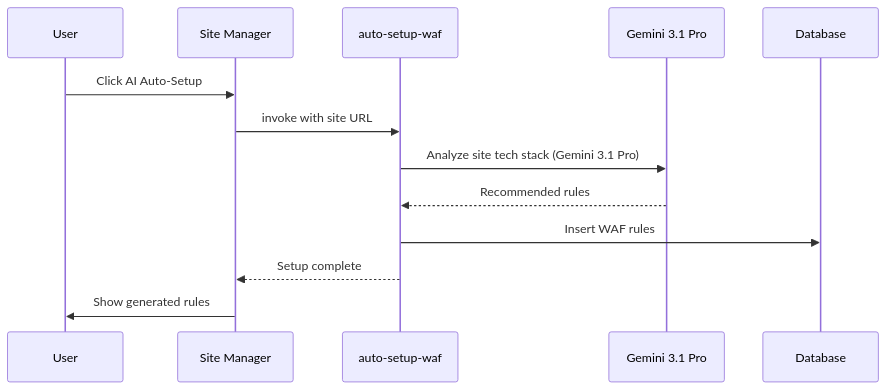
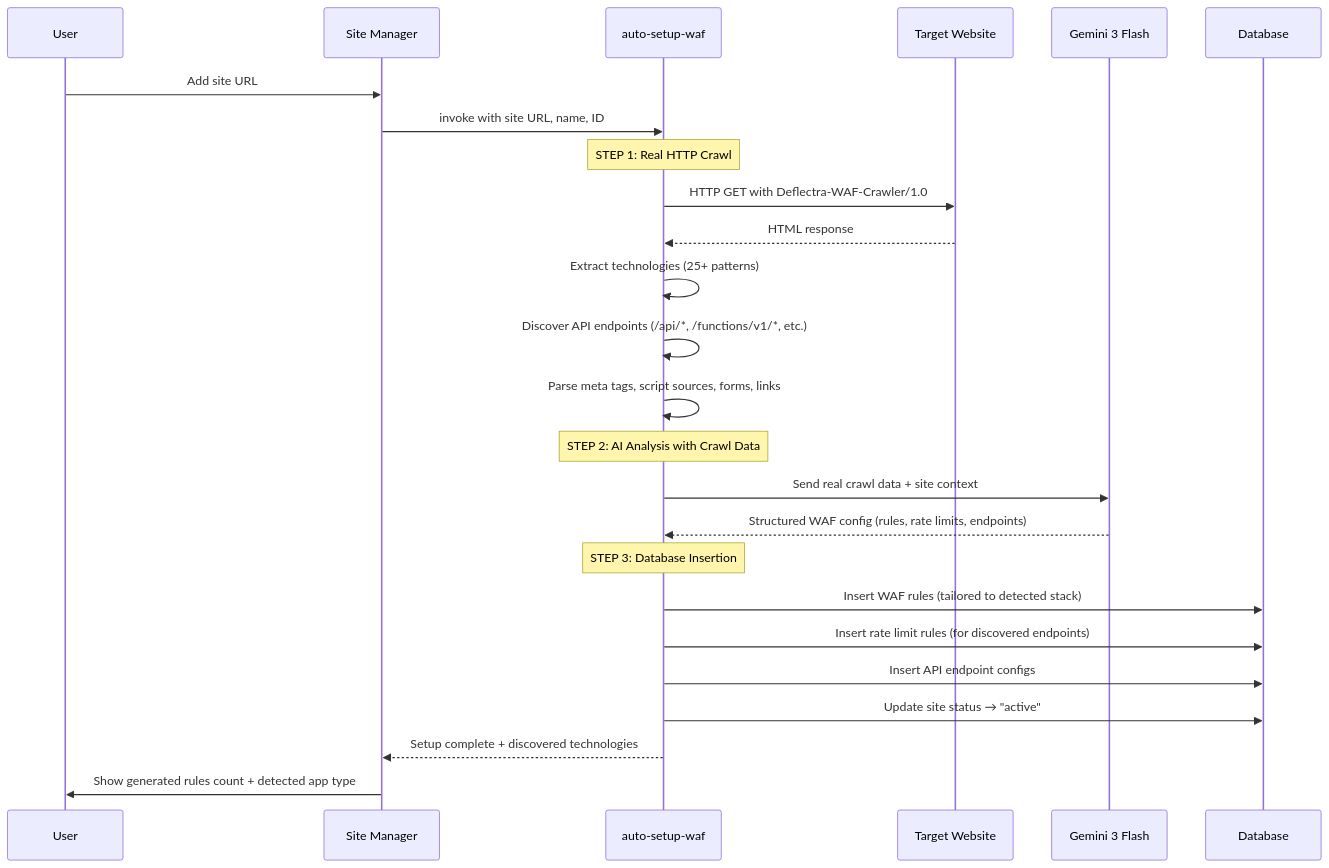
The third of 12 diagrams in DOCUMENTATION.md (ritvikindupuri/globeguard-waf), drawn with Mermaid before and after one commit. The commit also changed other lines of this file, not shown here.

Commit message:
Enable real crawling in WAF

````diff
--- a/DOCUMENTATION.md
+++ b/DOCUMENTATION.md
@@ -260,16 +262,31 @@
 ```mermaid
 sequenceDiagram
     participant U as User
     participant UI as Site Manager
     participant EF as auto-setup-waf
-    participant AI as Gemini 3.1 Pro
+    participant SITE as Target Website
+    participant AI as Gemini 3 Flash
     participant DB as Database
 
-    U->>UI: Click AI Auto-Setup
-    UI->>EF: invoke with site URL
-    EF->>AI: Analyze site tech stack (Gemini 3.1 Pro)
-    AI-->>EF: Recommended rules
-    EF->>DB: Insert WAF rules
-    EF-->>UI: Setup complete
-    UI->>U: Show generated rules
+    U->>UI: Add site URL
+    UI->>EF: invoke with site URL, name, ID
+
+    Note over EF: STEP 1: Real HTTP Crawl
+    EF->>SITE: HTTP GET with Deflectra-WAF-Crawler/1.0
+    SITE-->>EF: HTML response
+    EF->>EF: Extract technologies (25+ patterns)
+    EF->>EF: Discover API endpoints (/api/*, /functions/v1/*, etc.)
+    EF->>EF: Parse meta tags, script sources, forms, links
+
+    Note over EF: STEP 2: AI Analysis with Crawl Data
+    EF->>AI: Send real crawl data + site context
+    AI-->>EF: Structured WAF config (rules, rate limits, endpoints)
+
+    Note over EF: STEP 3: Database Insertion
+    EF->>DB: Insert WAF rules (tailored to detected stack)
+    EF->>DB: Insert rate limit rules (for discovered endpoints)
+    EF->>DB: Insert API endpoint configs
+    EF->>DB: Update site status → "active"
+    EF-->>UI: Setup complete + discovered technologies
+    UI->>U: Show generated rules count + detected app type
 ```
````
